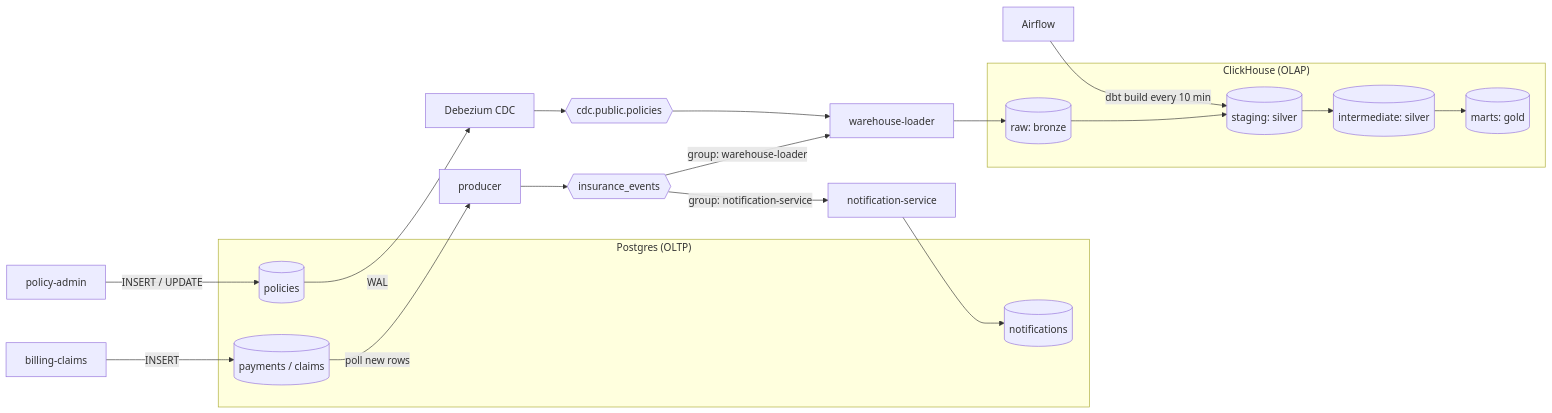
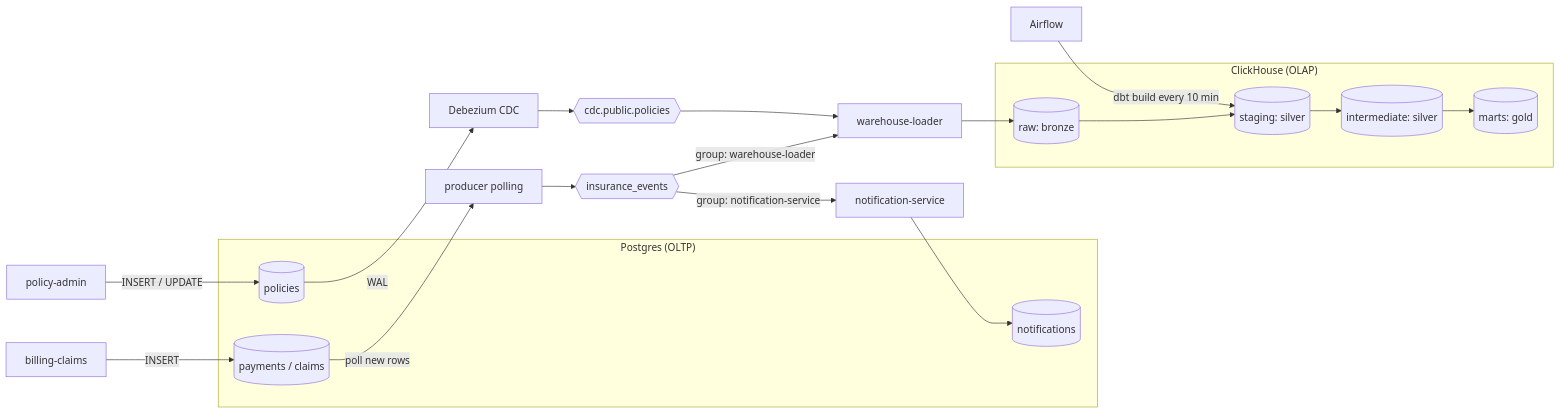
The diagram in README.md (sgogo0228/insurance-event-pipeline), drawn with Mermaid before and after one commit. The commit also changed other lines of this file, not shown here.

````diff
--- a/README.md
+++ b/README.md
@@ -21,29 +21,29 @@
 ```mermaid
 flowchart LR
     subgraph OLTP["Postgres (OLTP)"]
         policies[(policies)]
         billing[(payments / claims)]
         notifications[(notifications)]
     end
 
     admin[policy-admin] -->|INSERT / UPDATE| policies
     policies -->|WAL| debezium[Debezium CDC]
     debezium --> t2{{cdc.public.policies}}
 
     bc[billing-claims] -->|INSERT| billing
-    billing -->|poll new rows| producer[producer]
+    billing -->|poll new rows| producer[producer polling]
     producer --> t1{{insurance_events}}
 
     t1 -->|group: notification-service| notif[notification-service]
     notif --> notifications
 
     t1 -->|group: warehouse-loader| loader[warehouse-loader]
     t2 --> loader
 
     subgraph OLAP["ClickHouse (OLAP)"]
         raw[(raw: bronze)] --> stg[(staging: silver)] --> int[(intermediate: silver)] --> marts[(marts: gold)]
     end
 
     loader --> raw
     airflow[Airflow] -->|dbt build every 10 min| stg
 ```
````
